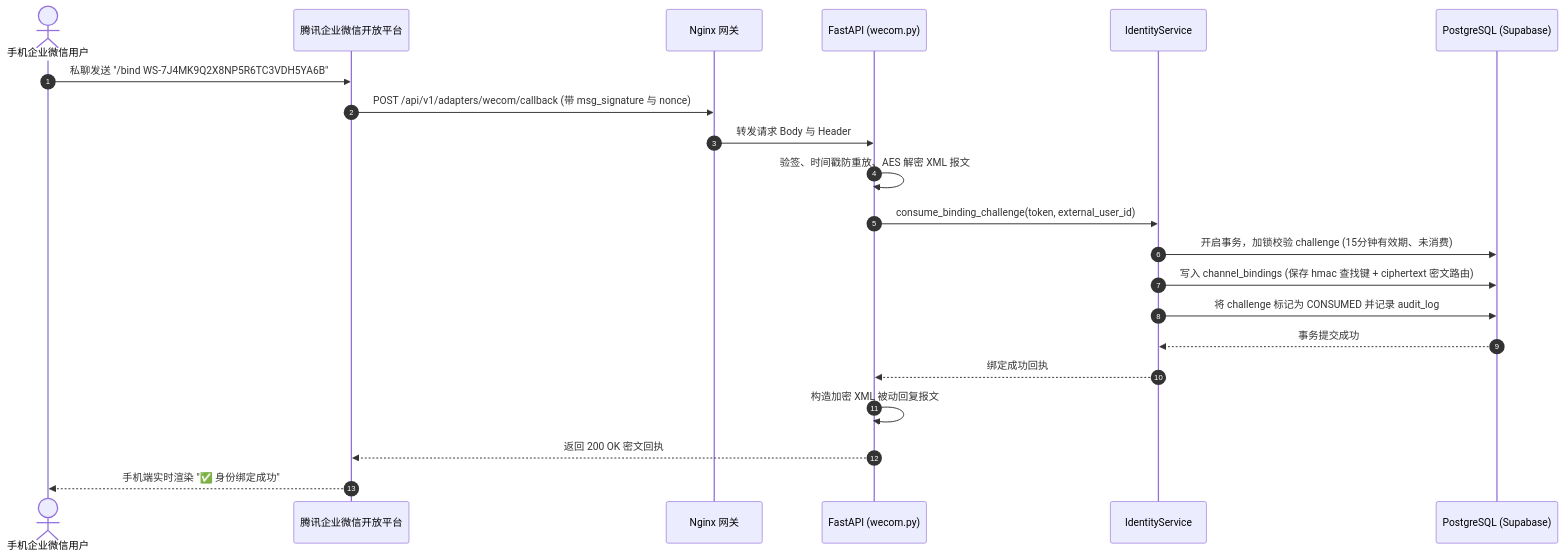
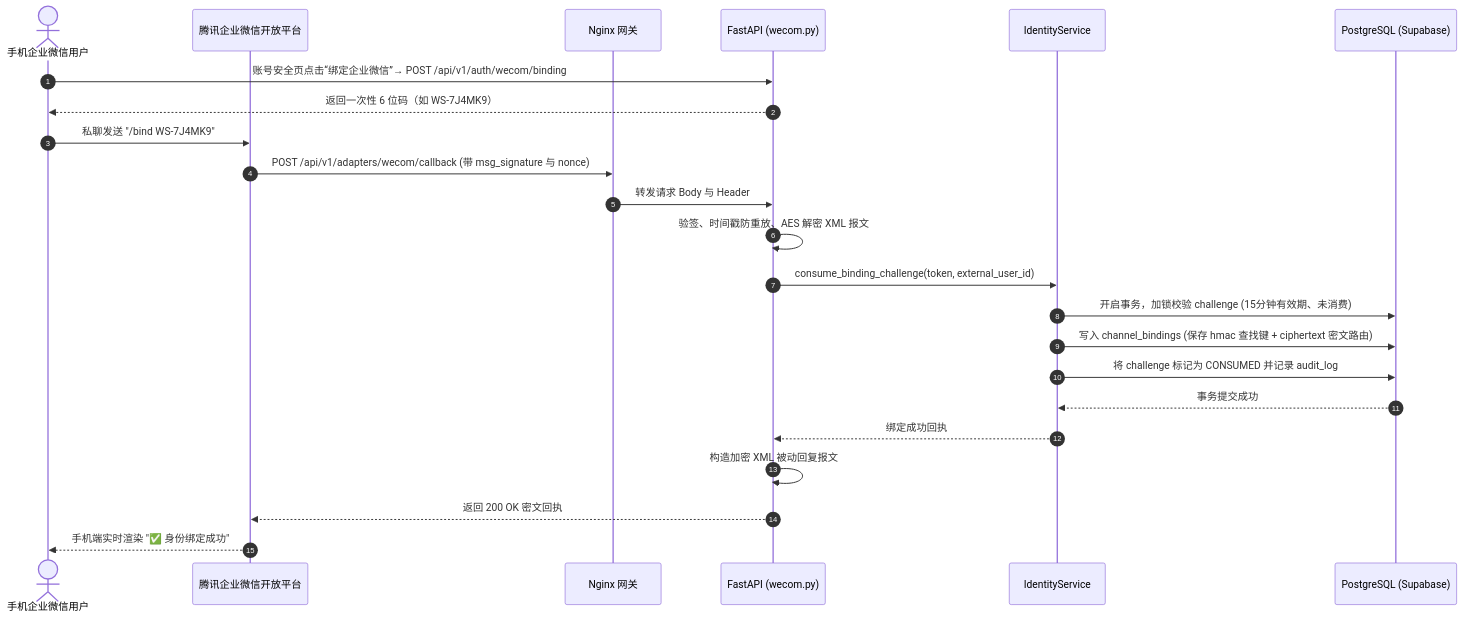
The third of 6 diagrams in docs/10.WealthSail-MVP前后端实现与系统部署规范.md (sinojelly/wealthsail), drawn with Mermaid before and after one commit. The commit also changed other lines of this file and 44 other files, not shown here.

````diff
--- a/docs/10.WealthSail-MVP前后端实现与系统部署规范.md
+++ b/docs/10.WealthSail-MVP前后端实现与系统部署规范.md
@@ -151,24 +155,25 @@
 ```mermaid
 sequenceDiagram
     autonumber
     actor WeComUser as 手机企业微信用户
     participant WeComServer as 腾讯企业微信开放平台
     participant Nginx as Nginx 网关
     participant API as FastAPI (wecom.py)
     participant Service as IdentityService
     participant DB as PostgreSQL (Supabase)
-
-    WeComUser->>WeComServer: 私聊发送 "/bind WS-7J4MK9Q2X8NP5R6TC3VDH5YA6B"
+    WeComUser->>API: 账号安全页点击“绑定企业微信”→ POST /api/v1/auth/wecom/binding
+    API-->>WeComUser: 返回一次性 6 位码（如 WS-7J4MK9）
+    WeComUser->>WeComServer: 私聊发送 "/bind WS-7J4MK9"
     WeComServer->>Nginx: POST /api/v1/adapters/wecom/callback (带 msg_signature 与 nonce)
     Nginx->>API: 转发请求 Body 与 Header
     API->>API: 验签、时间戳防重放、AES 解密 XML 报文
     API->>Service: consume_binding_challenge(token, external_user_id)
     Service->>DB: 开启事务，加锁校验 challenge (15分钟有效期、未消费)
     Service->>DB: 写入 channel_bindings (保存 hmac 查找键 + ciphertext 密文路由)
     Service->>DB: 将 challenge 标记为 CONSUMED 并记录 audit_log
     DB-->>Service: 事务提交成功
     Service-->>API: 绑定成功回执
     API->>API: 构造加密 XML 被动回复报文
     API-->>WeComServer: 返回 200 OK 密文回执
     WeComServer-->>WeComUser: 手机端实时渲染 "✅ 身份绑定成功"
 ```
````
